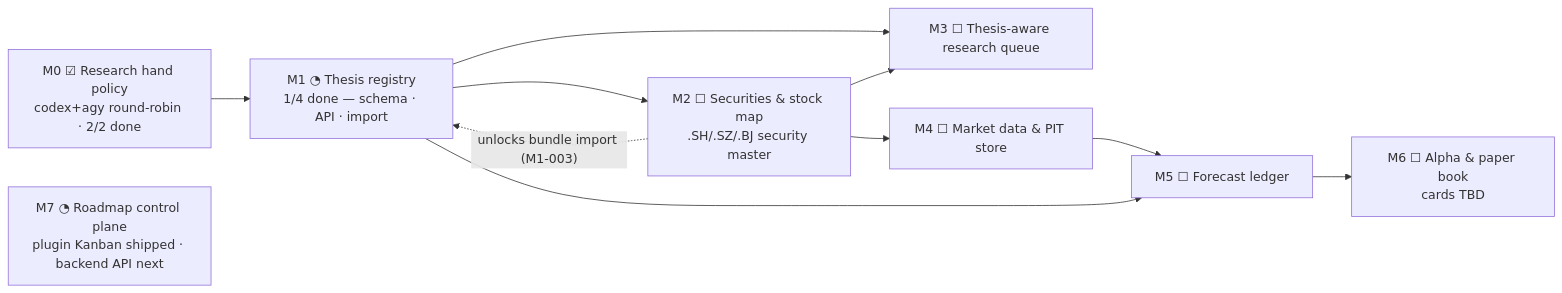
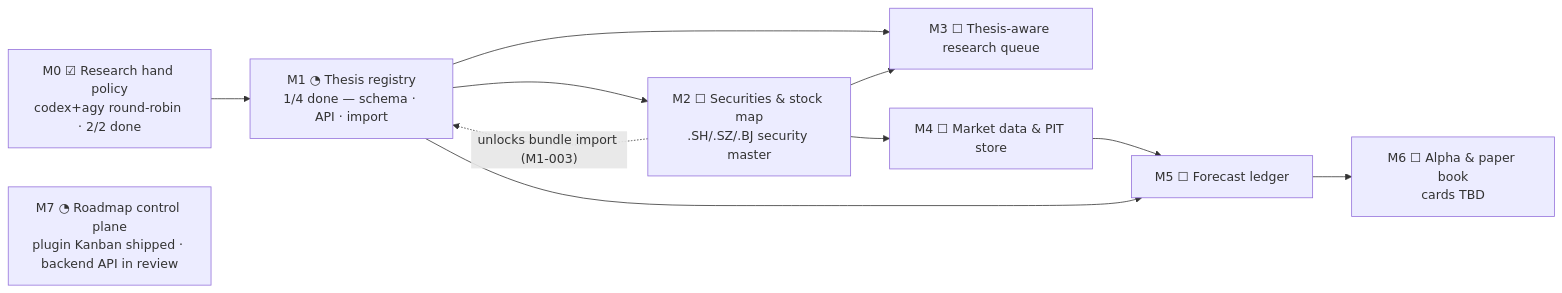
One commit to dmquant/institute-one changed the diagram in roadmap/README.md. Above: the diagram before and after it, drawn with Mermaid. The commit also changed other lines of this file and 2 other files, not shown here.

Commit message:
Refresh roadmap execution-map diagrams for M7-001
Board is now 16 cards: 3 done, 1 in review (M7-001), 5 ready, 7 inbox.

````diff
--- a/roadmap/README.md
+++ b/roadmap/README.md
@@ -33,16 +33,16 @@
 ```mermaid
 flowchart LR
     M0["M0 ☑ Research hand policy<br/>codex+agy round-robin · 2/2 done"]
     M1["M1 ◔ Thesis registry<br/>1/4 done — schema · API · import"]
     M2["M2 ☐ Securities & stock map<br/>.SH/.SZ/.BJ security master"]
     M3["M3 ☐ Thesis-aware research queue"]
     M4["M4 ☐ Market data & PIT store"]
     M5["M5 ☐ Forecast ledger"]
     M6["M6 ☐ Alpha & paper book<br/>cards TBD"]
-    M7["M7 ◔ Roadmap control plane<br/>plugin Kanban shipped · backend API next"]
+    M7["M7 ◔ Roadmap control plane<br/>plugin Kanban shipped · backend API in review"]
     M0 --> M1 --> M2
     M2 -. "unlocks bundle import (M1-003)" .-> M1
     M1 & M2 --> M3
     M2 --> M4 --> M5 --> M6
     M1 --> M5
 ```
````
